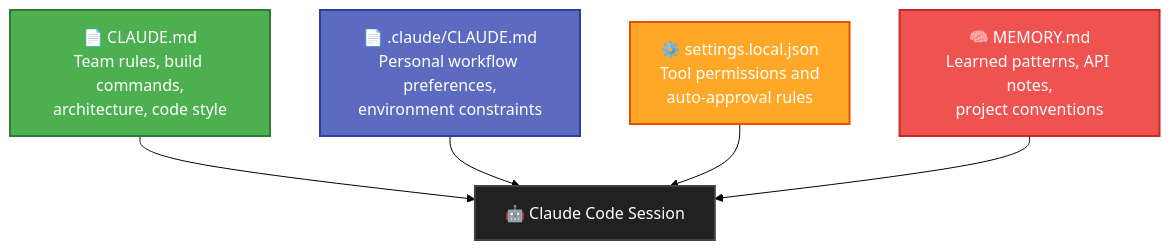
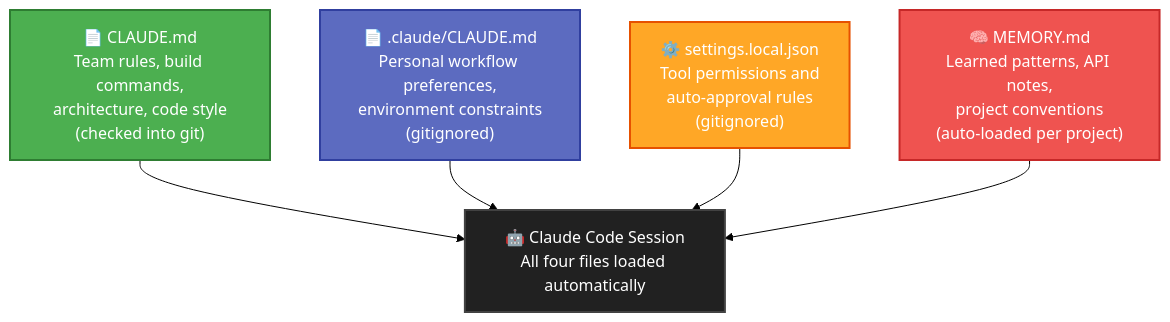
Before and after one commit to jameswniu/claude-os: the first of 3 diagrams in README.md, drawn with Mermaid (forest theme).

Commit message:
Enlarge Phase 1 diagram: four-line nodes with scope tags

````diff
--- a/README.md
+++ b/README.md
@@ -11,19 +11,19 @@
 ```mermaid
 flowchart TD
-    A["📄 CLAUDE.md\nTeam rules, build commands,\narchitecture, code style"]
-    B["📄 .claude/CLAUDE.md\nPersonal workflow preferences,\nenvironment constraints"]
-    C["⚙️ settings.local.json\nTool permissions and\nauto-approval rules"]
-    D["🧠 MEMORY.md\nLearned patterns, API notes,\nproject conventions"]
-    S["🤖 Claude Code Session"]
+    A["📄 CLAUDE.md\nTeam rules, build commands,\narchitecture, code style\n(checked into git)"]
+    B["📄 .claude/CLAUDE.md\nPersonal workflow preferences,\nenvironment constraints\n(gitignored)"]
+    C["⚙️ settings.local.json\nTool permissions and\nauto-approval rules\n(gitignored)"]
+    D["🧠 MEMORY.md\nLearned patterns, API notes,\nproject conventions\n(auto-loaded per project)"]
+    S["🤖 Claude Code Session\nAll four files loaded automatically"]
 
     A --> S
     B --> S
     C --> S
     D --> S
 
     style A fill:#4CAF50,color:#fff,stroke:#2E7D32,stroke-width:2px
     style B fill:#5C6BC0,color:#fff,stroke:#303F9F,stroke-width:2px
     style C fill:#FFA726,color:#fff,stroke:#E65100,stroke-width:2px
     style D fill:#EF5350,color:#fff,stroke:#C62828,stroke-width:2px
     style S fill:#212121,color:#fff,stroke:#424242,stroke-width:2px
 ```
````
